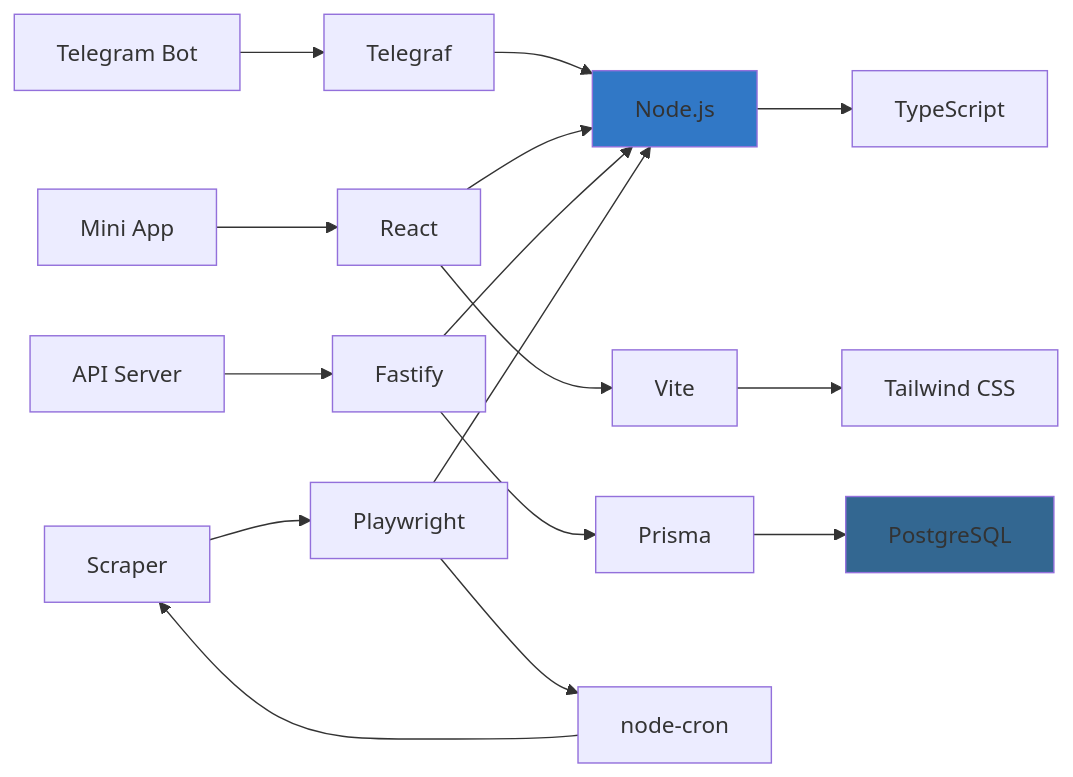
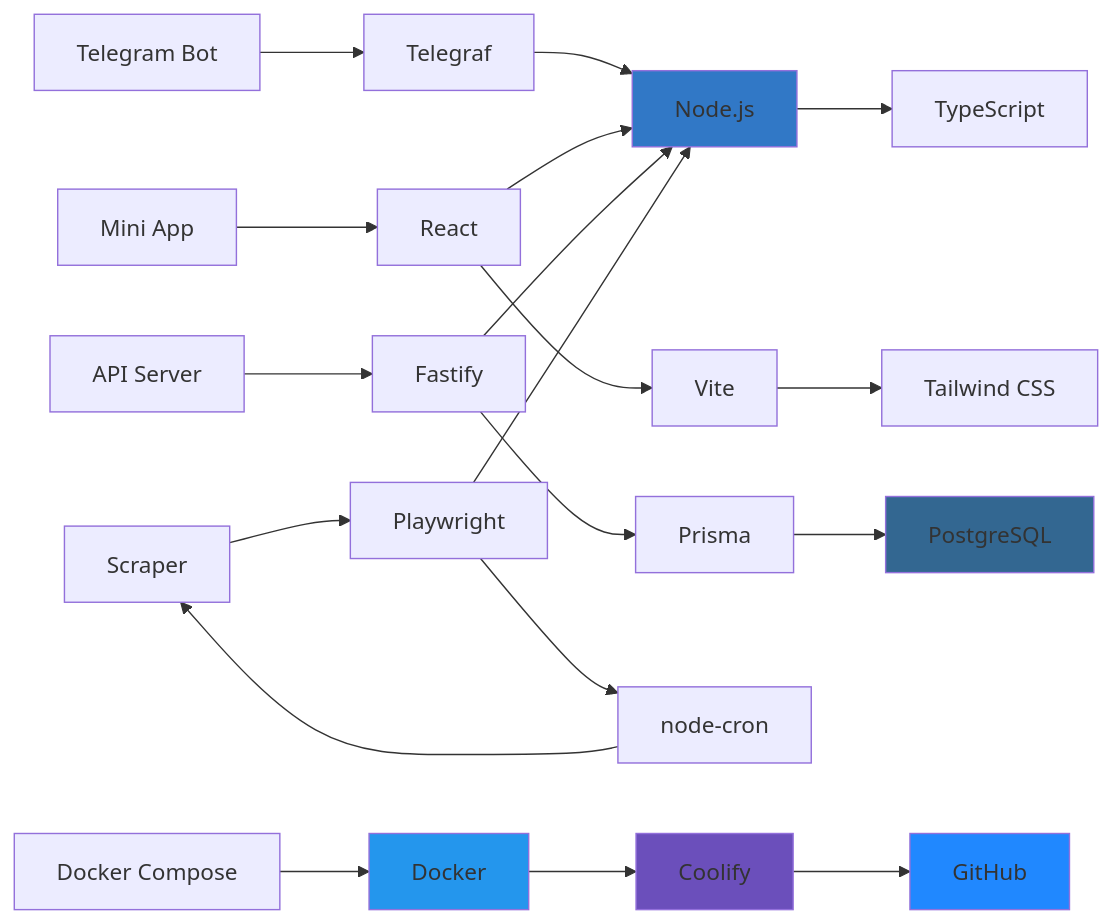
One commit to Zenderg/hookah-wishlist changed the tenth of 10 diagrams in plans/02-system-architecture.md. Above: the diagram before and after it, drawn with Mermaid. The commit also changed other lines of this file and 11 other files, not shown here.

````diff
--- a/plans/02-system-architecture.md
+++ b/plans/02-system-architecture.md
@@ -636,24 +776,31 @@
 ```mermaid
 graph LR
     A[Telegram Bot] --> B[Telegraf]
     B --> C[Node.js]
     C --> D[TypeScript]
     
     E[Mini App] --> F[React]
     F --> C
     F --> G[Vite]
     G --> H[Tailwind CSS]
     
     I[API Server] --> J[Fastify]
     J --> C
     J --> K[Prisma]
     K --> L[PostgreSQL]
     
     M[Scraper] --> N[Playwright]
     N --> C
     N --> O[node-cron]
     O --> M
     
+    P[Docker Compose] --> Q[Docker]
+    Q --> R[Coolify]
+    R --> S[GitHub]
+    
     style C fill:#3178c6
     style L fill:#336791
+    style Q fill:#2496ed
+    style R fill:#6b4fbb
+    style S fill:#2088ff
 ```
````
